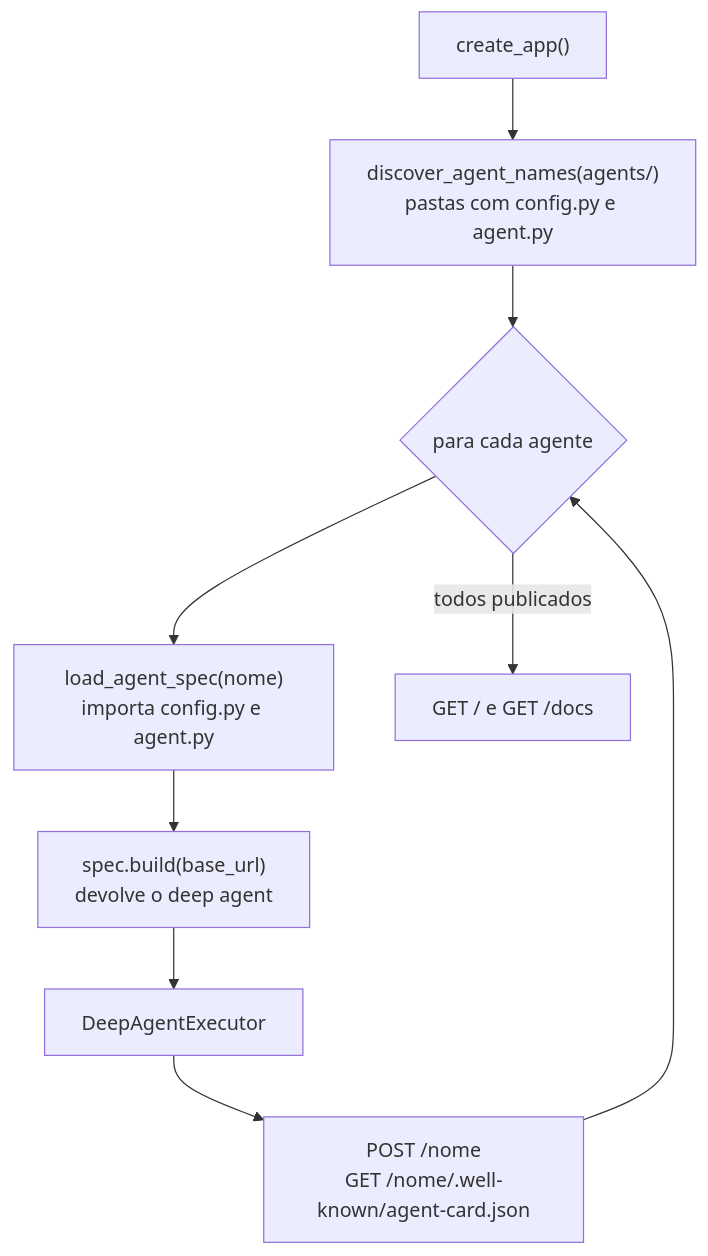
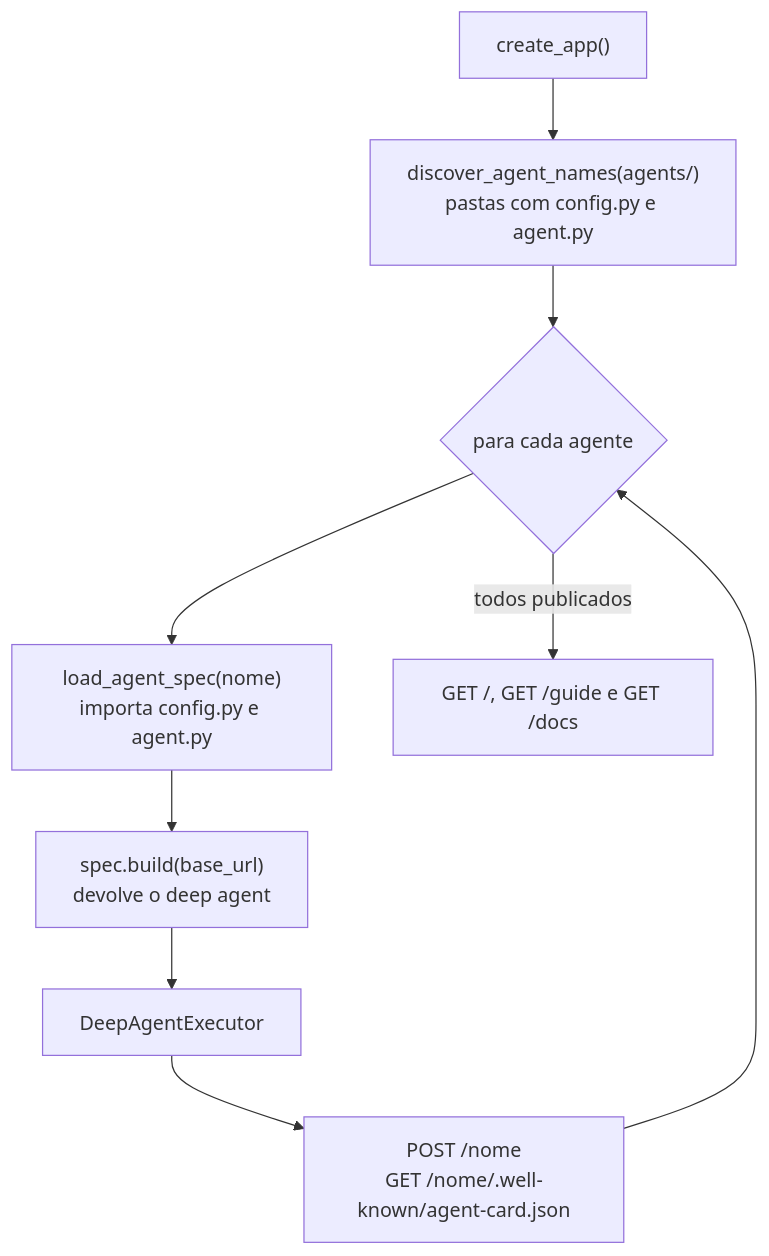
The third of 4 diagrams in README.md (renansantosmendes/a2a_server), drawn with Mermaid before and after one commit. The commit also changed other lines of this file and 3 other files, not shown here.

````diff
--- a/README.md
+++ b/README.md
@@ -79,11 +79,11 @@
 ```mermaid
 flowchart TD
     start["create_app()"] --> discover["discover_agent_names(agents/)<br/>pastas com config.py e agent.py"]
     discover --> loop{"para cada agente"}
     loop --> load["load_agent_spec(nome)<br/>importa config.py e agent.py"]
     load --> build["spec.build(base_url)<br/>devolve o deep agent"]
     build --> executor["DeepAgentExecutor"]
     executor --> routes["POST /nome<br/>GET /nome/.well-known/agent-card.json"]
     routes --> loop
-    loop -->|"todos publicados"| index["GET / e GET /docs"]
+    loop -->|"todos publicados"| index["GET /, GET /guide e GET /docs"]
 ```
````
